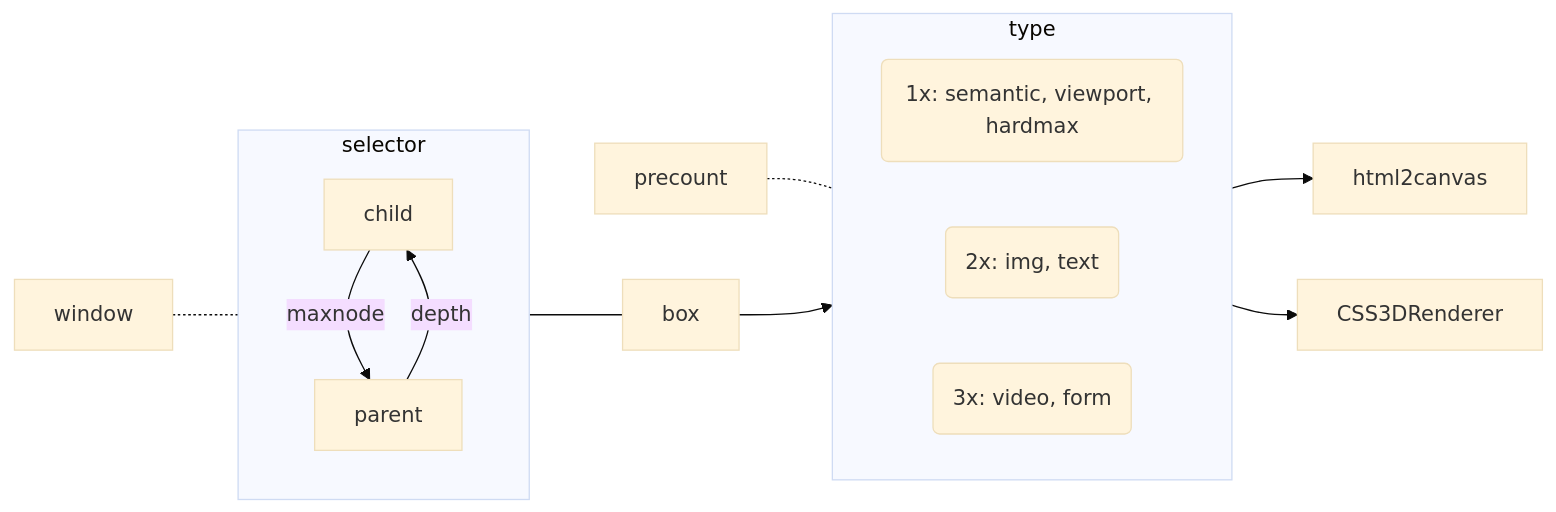
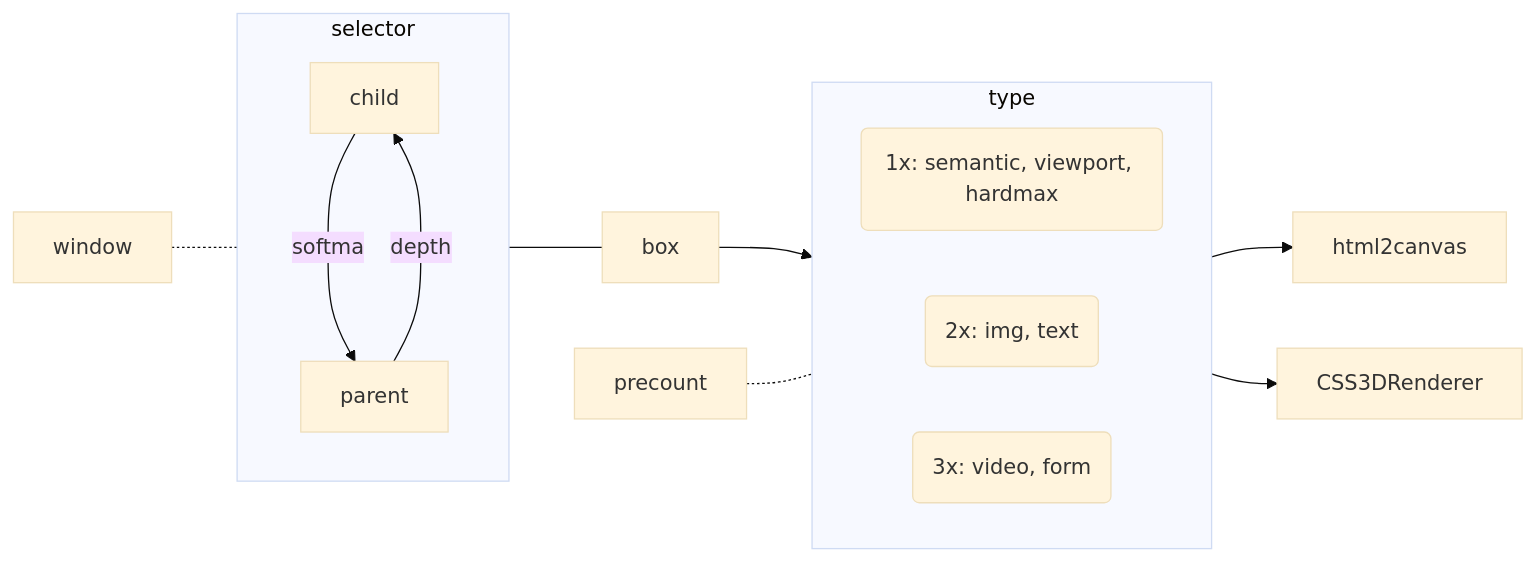
The diagram in README.md (KurtPachinger/mpos-precept), drawn with Mermaid (base theme) before and after one commit.

````diff
--- a/README.md
+++ b/README.md
@@ -5,24 +5,22 @@
 ```mermaid
 flowchart LR
+
+window-.-selector
+subgraph selector
+ direction TB
+ child--softmax-->parent
+ parent--depth-->child
+end
+selector---box-->type
 
 precount-.-type
 subgraph type
   direction LR
   b("1x: semantic, viewport, hardmax")
   canvas("2x: img, text")
   css3d("3x: video, form")
 end
 
-window-.-selector
-subgraph selector
- direction TB
- child--maxnode-->parent
- parent--depth-->child
-
-
-end
-selector---box-->type
-
 canvas-->html2canvas
 css3d-->CSS3DRenderer
 ```
````
